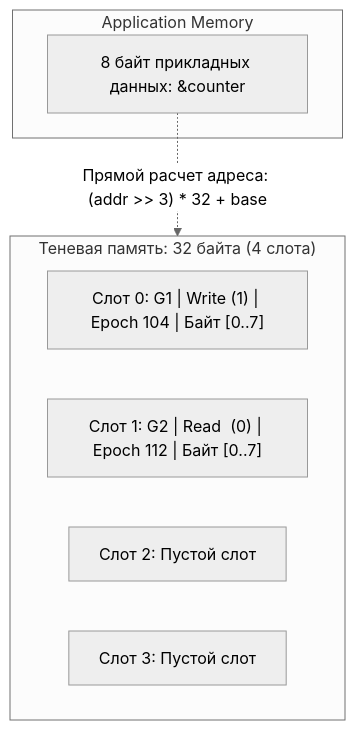
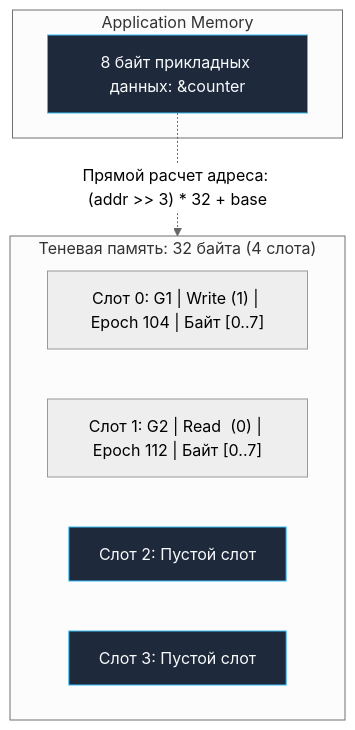
One commit to UnrealTemplier/go-textbook changed the diagram in sources/15. Тестирование в Go (QA & Testing)/07. Конкурентность/3. go test -race под капотом.md. Above: the diagram before and after it, drawn with Mermaid (neutral theme). The commit also changed 1666 other files, not shown here.

First line of the commit message:
feat(mermaid): add semantic color classDef to 1369 colorless flowchart/graph diagrams

````diff
--- a/sources/15. Тестирование в Go (QA & Testing)/07. Конкурентность/3. go test -race под капотом.md
+++ b/sources/15. Тестирование в Go (QA & Testing)/07. Конкурентность/3. go test -race под капотом.md
@@ -73,15 +73,25 @@
 ```mermaid
 flowchart TD
+    classDef process  fill:#1e293b,stroke:#38bdf8,stroke-width:1px,color:#f8fafc
+    classDef success  fill:#064e3b,stroke:#34d399,stroke-width:1px,color:#f8fafc
+    classDef error    fill:#7f1d1d,stroke:#f87171,stroke-width:1px,color:#f8fafc
+    classDef warning  fill:#78350f,stroke:#fbbf24,stroke-width:1px,color:#f8fafc
+    classDef entry    fill:#1e3a5f,stroke:#38bdf8,stroke-width:2px,color:#f8fafc
+    classDef aux      fill:#334155,stroke:#64748b,stroke-width:1px,color:#f8fafc
+    classDef system   fill:#312e81,stroke:#a78bfa,stroke-width:1px,color:#f8fafc
+    classDef data     fill:#132d29,stroke:#2dd4bf,stroke-width:1px,color:#f8fafc
+    classDef network  fill:#881337,stroke:#fb7185,stroke-width:1px,color:#f8fafc
+    classDef accent   fill:#1e1b4b,stroke:#818cf8,stroke-width:1px,color:#f8fafc
     subgraph AppMem["Application Memory"]
-        Word["8 байт прикладных данных: &counter"]
+        Word["8 байт прикладных данных: &counter"]:::process
     end
 
     subgraph ShadowSpace["Теневая память: 32 байта (4 слота)"]
         S0["Слот 0: G1 | Write (1) | Epoch 104 | Байт [0..7]"]
         S1["Слот 1: G2 | Read  (0) | Epoch 112 | Байт [0..7]"]
-        S2["Слот 2: Пустой слот"]
-        S3["Слот 3: Пустой слот"]
+        S2["Слот 2: Пустой слот"]:::process
+        S3["Слот 3: Пустой слот"]:::process
     end
 
     Word -.->|"Прямой расчет адреса: (addr >> 3) * 32 + base"| ShadowSpace
 ```
````
